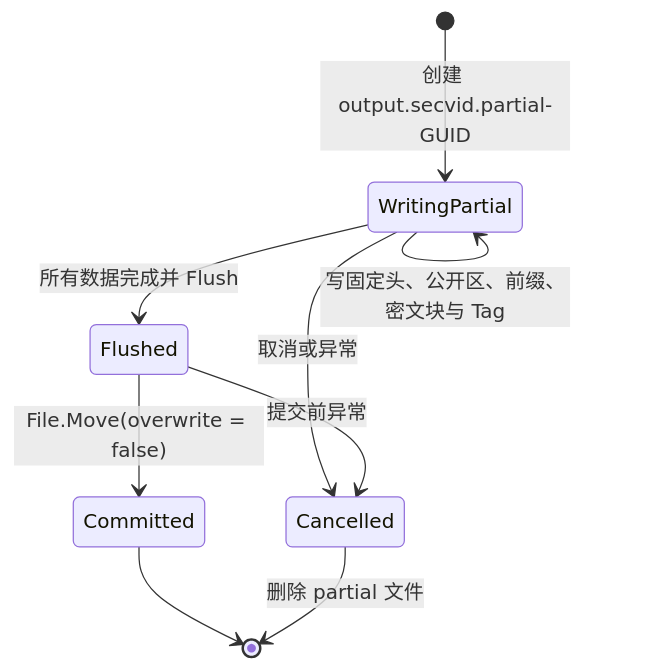
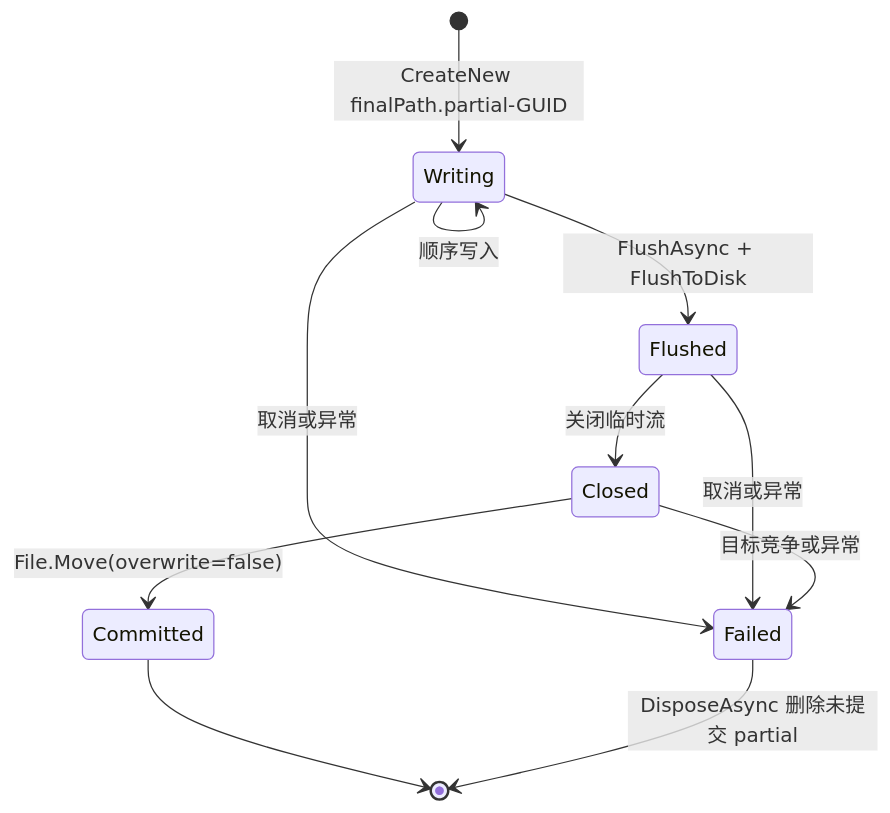
One commit to crownclowngx/avalonia_dock_simple_test changed the first of 2 diagrams in Plugins/MySmallTools/MySmallTools/docs/secret-video-player/secvid03-format.md. Above: the diagram before and after it, drawn with Mermaid. The commit also changed other lines of this file and 3 other files, not shown here.

````diff
--- a/Plugins/MySmallTools/MySmallTools/docs/secret-video-player/secvid03-format.md
+++ b/Plugins/MySmallTools/MySmallTools/docs/secret-video-player/secvid03-format.md
@@ -187,11 +307,13 @@
 ```mermaid
 stateDiagram-v2
-    [*] --> WritingPartial: 创建 output.secvid.partial-GUID
-    WritingPartial --> WritingPartial: 写固定头、公开区、前缀、密文块与 Tag
-    WritingPartial --> Flushed: 所有数据完成并 Flush
-    Flushed --> Committed: File.Move(overwrite = false)
+    [*] --> Writing: CreateNew finalPath.partial-GUID
+    Writing --> Writing: 顺序写入
+    Writing --> Flushed: FlushAsync + FlushToDisk
+    Flushed --> Closed: 关闭临时流
+    Closed --> Committed: File.Move(overwrite=false)
     Committed --> [*]
-    WritingPartial --> Cancelled: 取消或异常
-    Flushed --> Cancelled: 提交前异常
-    Cancelled --> [*]: 删除 partial 文件
+    Writing --> Failed: 取消或异常
+    Flushed --> Failed: 取消或异常
+    Closed --> Failed: 目标竞争或异常
+    Failed --> [*]: DisposeAsync 删除未提交 partial
 ```
````
